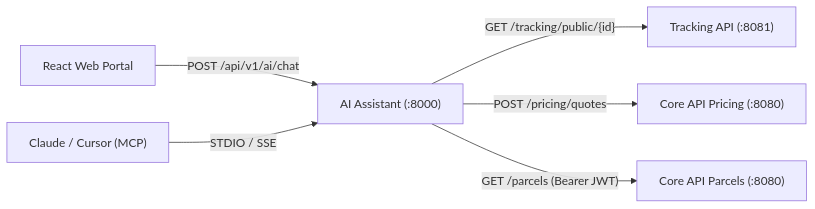
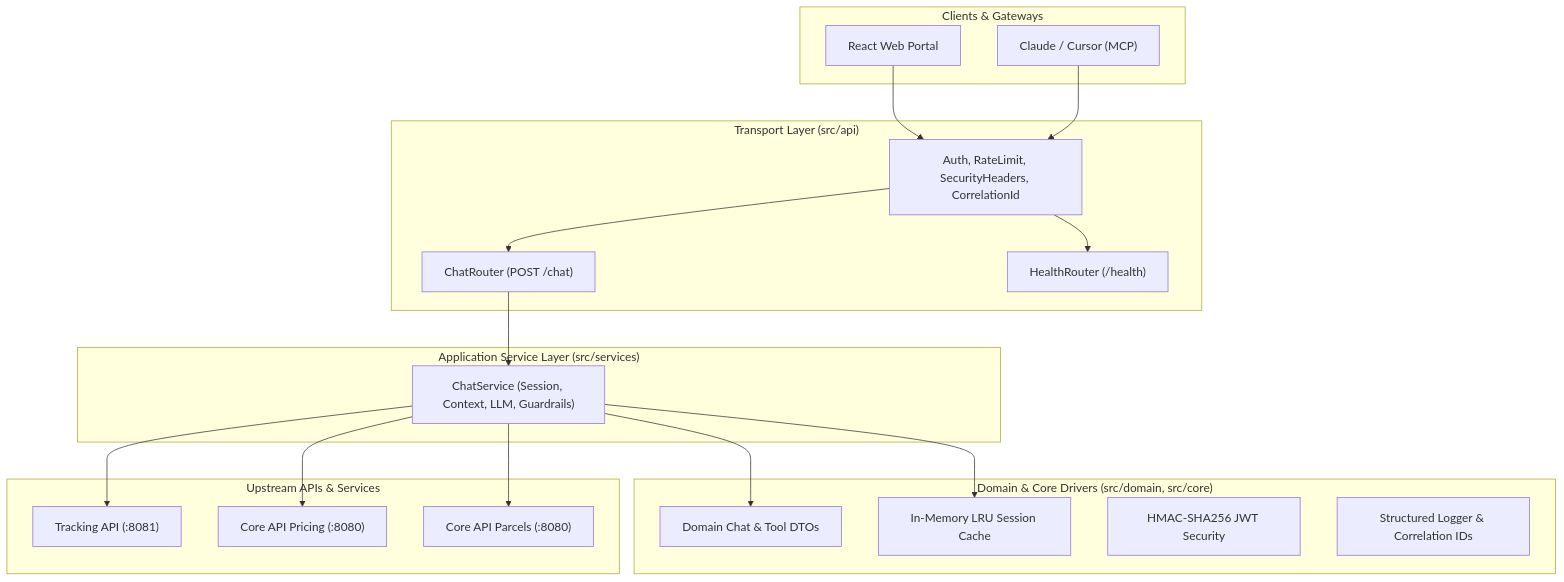
The diagram in services/ai-assistant/README.md (phantomTroupeEAD/SwiftDrop), drawn with Mermaid before and after one commit. The commit also changed other lines of this file and 38 other files, not shown here.

Commit message:
refactor(ai-assistant): adopt enterprise clean architecture, service layer, and modular test hierarchy

````diff
--- a/services/ai-assistant/README.md
+++ b/services/ai-assistant/README.md
@@ -41,9 +42,41 @@
 ```mermaid
-flowchart LR
-    Portal["React Web Portal"] -->|"POST /api/v1/ai/chat"| AIService["AI Assistant (:8000)"]
-    Cursor["Claude / Cursor (MCP)"] -->|"STDIO / SSE"| AIService
-    
-    AIService -->|"GET /tracking/public/{id}"| TrackingAPI["Tracking API (:8081)"]
-    AIService -->|"POST /pricing/quotes"| CorePricing["Core API Pricing (:8080)"]
-    AIService -->|"GET /parcels (Bearer JWT)"| CoreParcels["Core API Parcels (:8080)"]
+flowchart TD
+    subgraph Clients["Clients & Gateways"]
+        Portal["React Web Portal"]
+        Cursor["Claude / Cursor (MCP)"]
+    end
+
+    subgraph TransportLayer["Transport Layer (src/api)"]
+        ChatRouter["ChatRouter (POST /chat)"]
+        HealthRouter["HealthRouter (/health)"]
+        Middlewares["Auth, RateLimit, SecurityHeaders, CorrelationId"]
+    end
+
+    subgraph ServiceLayer["Application Service Layer (src/services)"]
+        ChatService["ChatService (Session, Context, LLM, Guardrails)"]
+    end
+
+    subgraph DomainCore["Domain & Core Drivers (src/domain, src/core)"]
+        DomainModels["Domain Chat & Tool DTOs"]
+        SessionCache["In-Memory LRU Session Cache"]
+        Security["HMAC-SHA256 JWT Security"]
+        Logging["Structured Logger & Correlation IDs"]
+    end
+
+    subgraph UpstreamIntegrations["Upstream APIs & Services"]
+        TrackingAPI["Tracking API (:8081)"]
+        CorePricing["Core API Pricing (:8080)"]
+        CoreParcels["Core API Parcels (:8080)"]
+    end
+
+    Portal --> Middlewares
+    Cursor --> Middlewares
+    Middlewares --> ChatRouter
+    Middlewares --> HealthRouter
+    ChatRouter --> ChatService
+    ChatService --> DomainModels
+    ChatService --> SessionCache
+    ChatService --> TrackingAPI
+    ChatService --> CorePricing
+    ChatService --> CoreParcels
 ```
````
